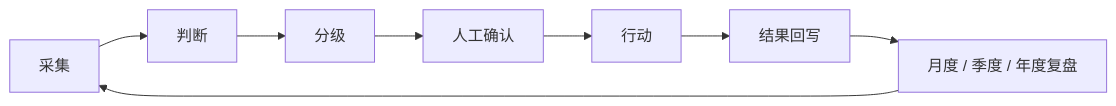
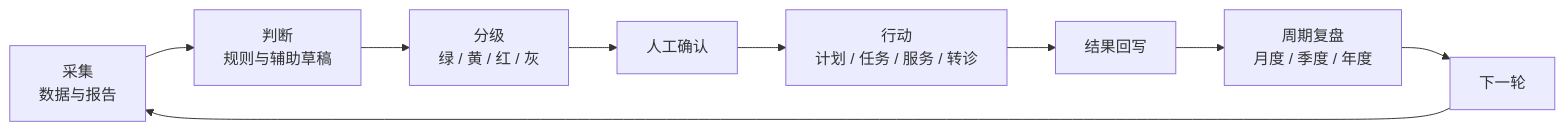
One commit to KaedeharaT/executive-healthops changed the first of 2 diagrams in README_zh.md. Above: the diagram before and after it, drawn with Mermaid. The commit also changed other lines of this file and 4 other files, not shown here.

````diff
--- a/README_zh.md
+++ b/README_zh.md
@@ -26,10 +24,11 @@
 ```mermaid
 flowchart LR
-    A[采集] --> B[判断]
-    B --> C[分级]
+    A[采集<br/>数据与报告] --> B[判断<br/>规则与辅助草稿]
+    B --> C[分级<br/>绿 / 黄 / 红 / 灰]
     C --> D[人工确认]
-    D --> E[行动]
+    D --> E[行动<br/>计划 / 任务 / 服务 / 转诊]
     E --> F[结果回写]
-    F --> G[月度 / 季度 / 年度复盘]
-    G --> A
+    F --> G[周期复盘<br/>月度 / 季度 / 年度]
+    G --> H[下一轮]
+    H --> A
 ```
````
